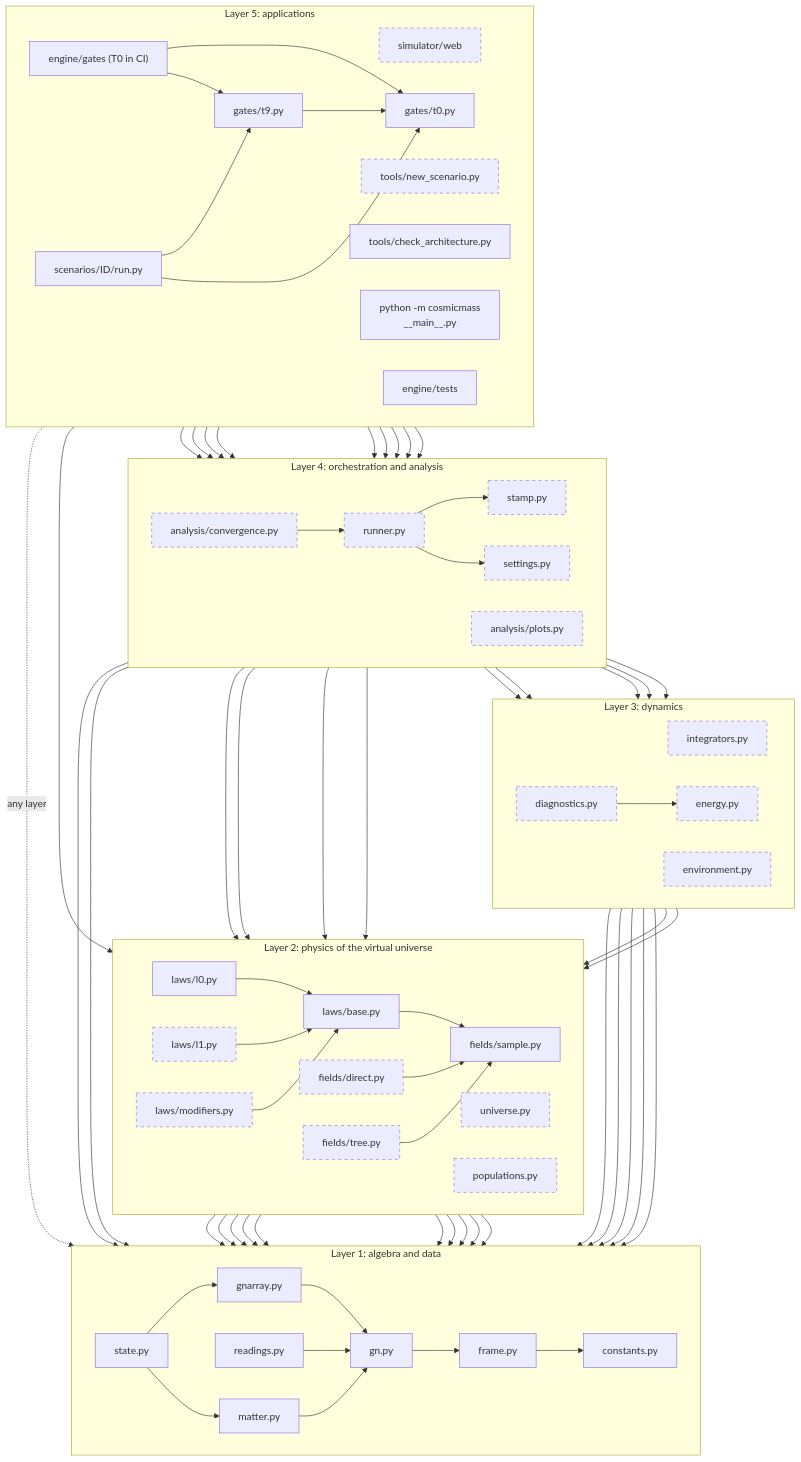
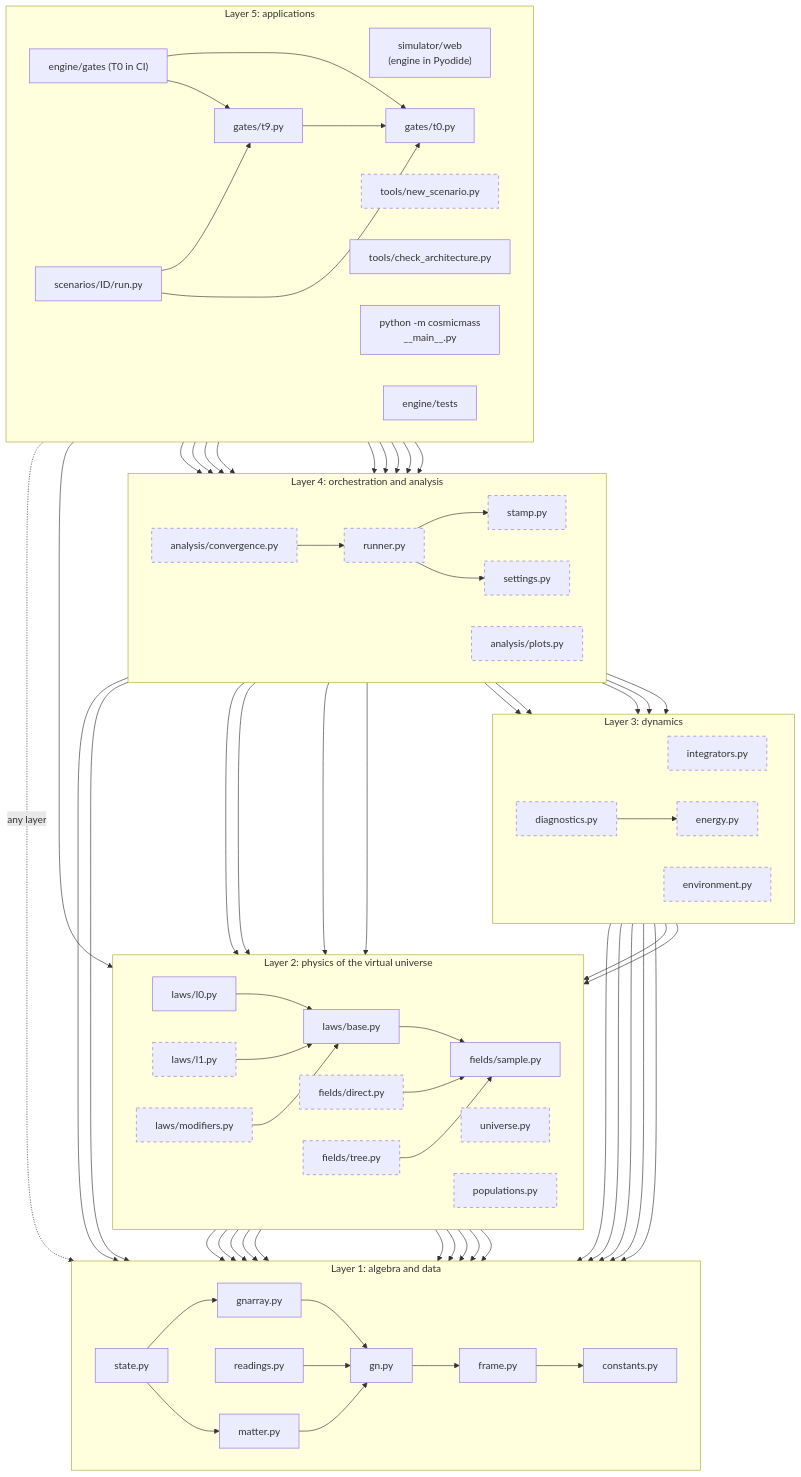
Before and after one commit to MostafaDerraz/cosmic-mass-lab: the second of 8 diagrams in ARCHITECTURE.md, drawn with Mermaid. The commit also changed other lines of this file and 12 other files, not shown here.

First line of the commit message:
UI1 (first version): the web universe runs the unchanged engine in the browser (Pyodide)

```diff
--- a/ARCHITECTURE.md
+++ b/ARCHITECTURE.md
@@ -132,7 +132,7 @@
 
     subgraph L5["Layer 5: applications"]
         direction LR
-        webui["simulator/web"]:::planned
+        webui["simulator/web<br/>(engine in Pyodide)"]
         scaffold["tools/new_scenario.py"]:::planned
         archcheck["tools/check_architecture.py"]
         cli["python -m cosmicmass<br/>__main__.py"]
```
